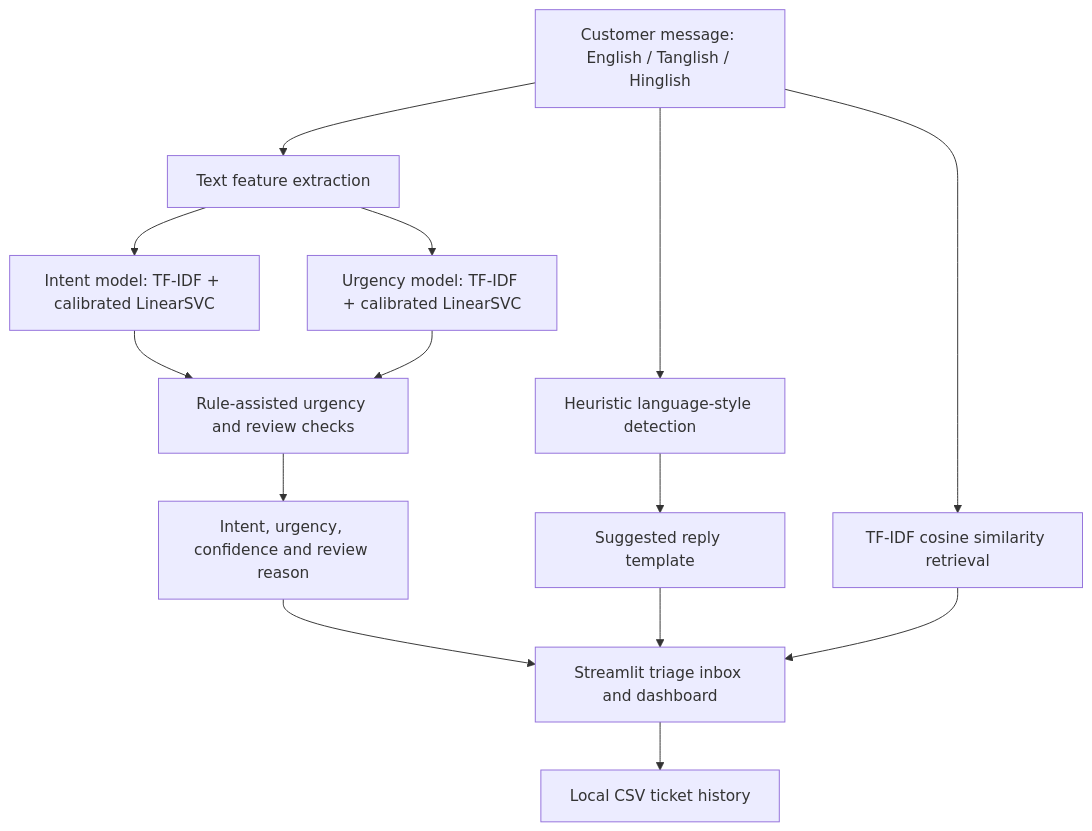
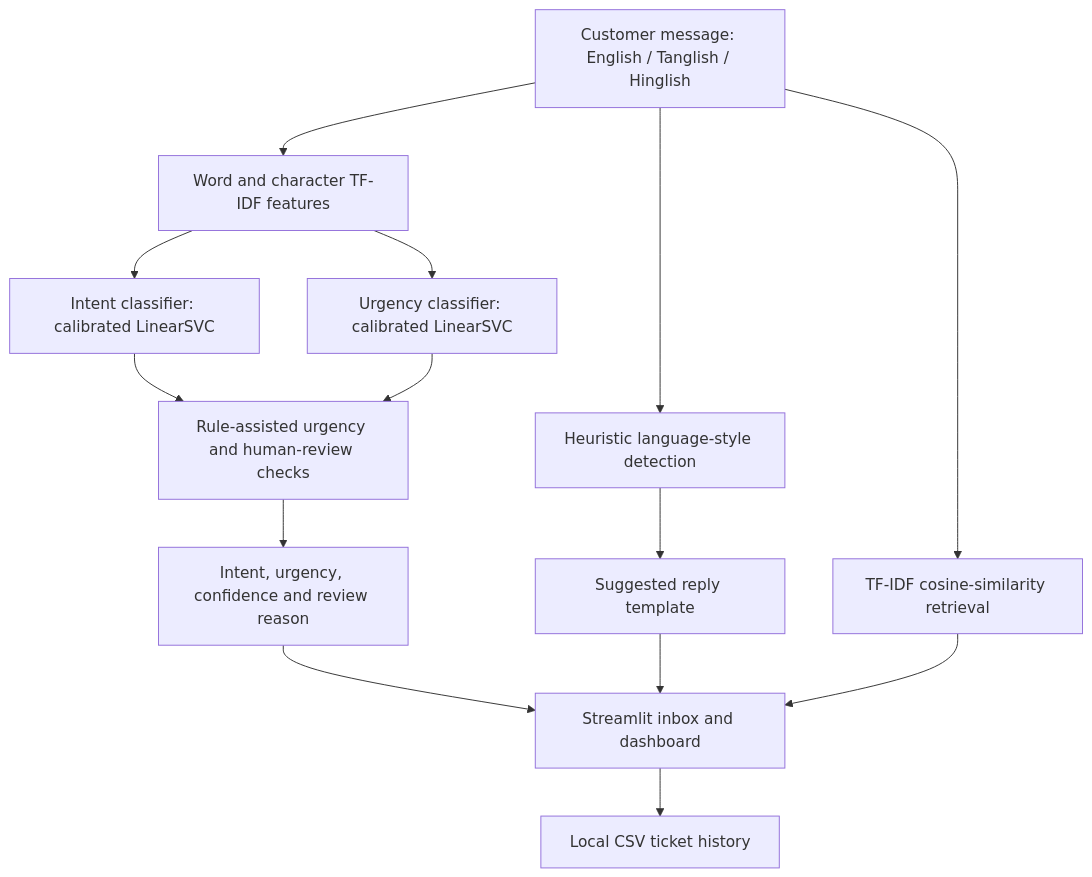
One commit to pragadeesh448-lab/CodeMixedSupportTriage changed the diagram in README.md. Above: the diagram before and after it, drawn with Mermaid. The commit also changed other lines of this file, not shown here.

````diff
--- a/README.md
+++ b/README.md
@@ -30,16 +32,16 @@
 ```mermaid
 flowchart TD
-    A[Customer message: English / Tanglish / Hinglish] --> B[Text feature extraction]
-    B --> C[Intent model: TF-IDF + calibrated LinearSVC]
-    B --> D[Urgency model: TF-IDF + calibrated LinearSVC]
-    C --> E[Rule-assisted urgency and review checks]
+    A[Customer message: English / Tanglish / Hinglish] --> B[Word and character TF-IDF features]
+    B --> C[Intent classifier: calibrated LinearSVC]
+    B --> D[Urgency classifier: calibrated LinearSVC]
+    C --> E[Rule-assisted urgency and human-review checks]
     D --> E
     A --> F[Heuristic language-style detection]
-    A --> G[TF-IDF cosine similarity retrieval]
+    A --> G[TF-IDF cosine-similarity retrieval]
     E --> H[Intent, urgency, confidence and review reason]
     F --> I[Suggested reply template]
-    H --> J[Streamlit triage inbox and dashboard]
+    H --> J[Streamlit inbox and dashboard]
     I --> J
     G --> J
     J --> K[Local CSV ticket history]
 ```
````
